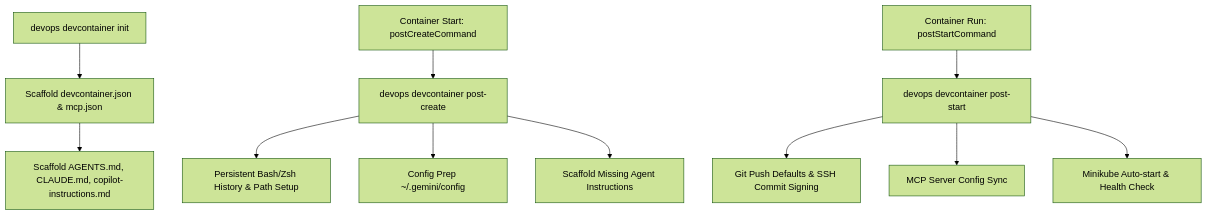
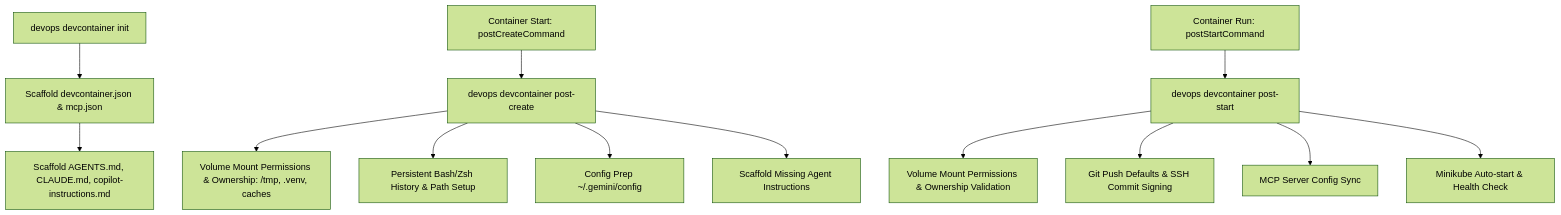
The diagram in src/devops_cli/ai/knowledge_base/devops_cli/tasks/devcontainer_lifecycle.md (dan-petty/devops-cli), drawn with Mermaid (forest theme) before and after one commit. The commit also changed other lines of this file and 158 other files, not shown here.

````diff
--- a/src/devops_cli/ai/knowledge_base/devops_cli/tasks/devcontainer_lifecycle.md
+++ b/src/devops_cli/ai/knowledge_base/devops_cli/tasks/devcontainer_lifecycle.md
@@ -11,13 +11,15 @@
 ```mermaid
 graph TD
     A[devops devcontainer init] --> B[Scaffold devcontainer.json & mcp.json]
     B --> C[Scaffold AGENTS.md, CLAUDE.md, copilot-instructions.md]
     D[Container Start: postCreateCommand] --> E[devops devcontainer post-create]
-    E --> F[Persistent Bash/Zsh History & Path Setup]
-    E --> G[Config Prep ~/.gemini/config]
-    E --> H[Scaffold Missing Agent Instructions]
-    I[Container Run: postStartCommand] --> J[devops devcontainer post-start]
-    J --> K[Git Push Defaults & SSH Commit Signing]
-    J --> L[MCP Server Config Sync]
-    J --> M[Minikube Auto-start & Health Check]
+    E --> F[Volume Mount Permissions & Ownership: /tmp, .venv, caches]
+    E --> G[Persistent Bash/Zsh History & Path Setup]
+    E --> H[Config Prep ~/.gemini/config]
+    E --> I[Scaffold Missing Agent Instructions]
+    J[Container Run: postStartCommand] --> K[devops devcontainer post-start]
+    K --> L[Volume Mount Permissions & Ownership Validation]
+    K --> M[Git Push Defaults & SSH Commit Signing]
+    K --> N[MCP Server Config Sync]
+    K --> O[Minikube Auto-start & Health Check]
 ```
````
